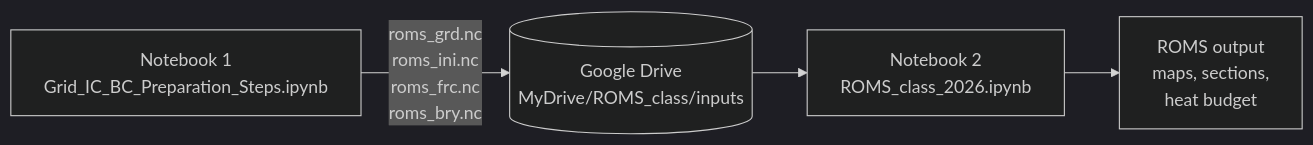
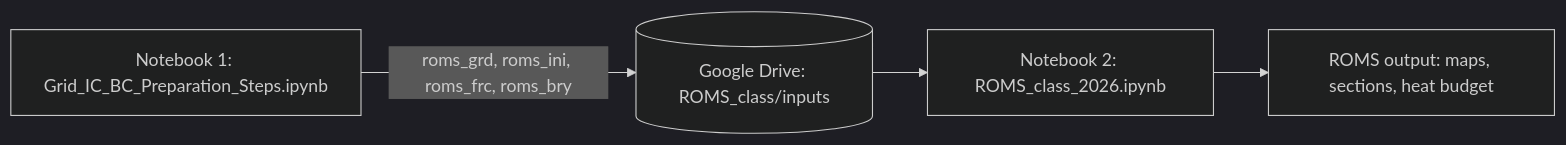
Before and after one commit to Rohithocean/physical_oceanography: the diagram in ROMS_practicals/README.md, drawn with Mermaid (dark theme). The commit also changed other lines of this file, not shown here.

````diff
--- a/ROMS_practicals/README.md
+++ b/ROMS_practicals/README.md
@@ -16,6 +16,6 @@
 ```mermaid
 flowchart LR
-    A["Notebook 1<br/>Grid_IC_BC_Preparation_Steps.ipynb"] -->|"roms_grd.nc<br/>roms_ini.nc<br/>roms_frc.nc<br/>roms_bry.nc"| D[("Google Drive<br/>MyDrive/ROMS_class/inputs")]
-    D --> B["Notebook 2<br/>ROMS_class_2026.ipynb"]
-    B --> C["ROMS output<br/>maps, sections,<br/>heat budget"]
+    A[Notebook 1: Grid_IC_BC_Preparation_Steps.ipynb] -->|roms_grd, roms_ini, roms_frc, roms_bry| D[(Google Drive: ROMS_class/inputs)]
+    D --> B[Notebook 2: ROMS_class_2026.ipynb]
+    B --> C[ROMS output: maps, sections, heat budget]
 ```
````
